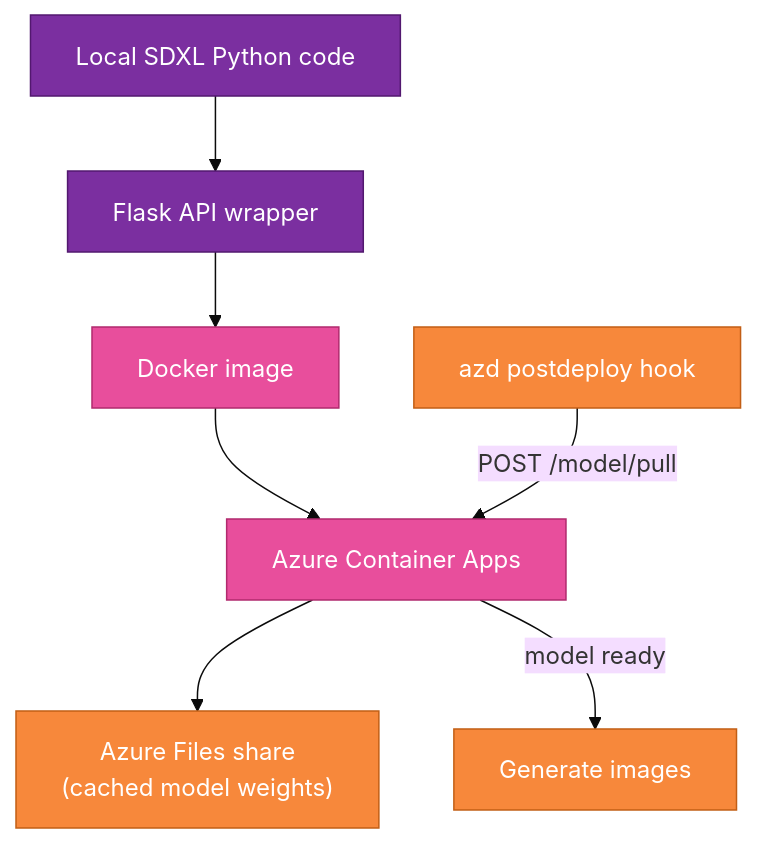
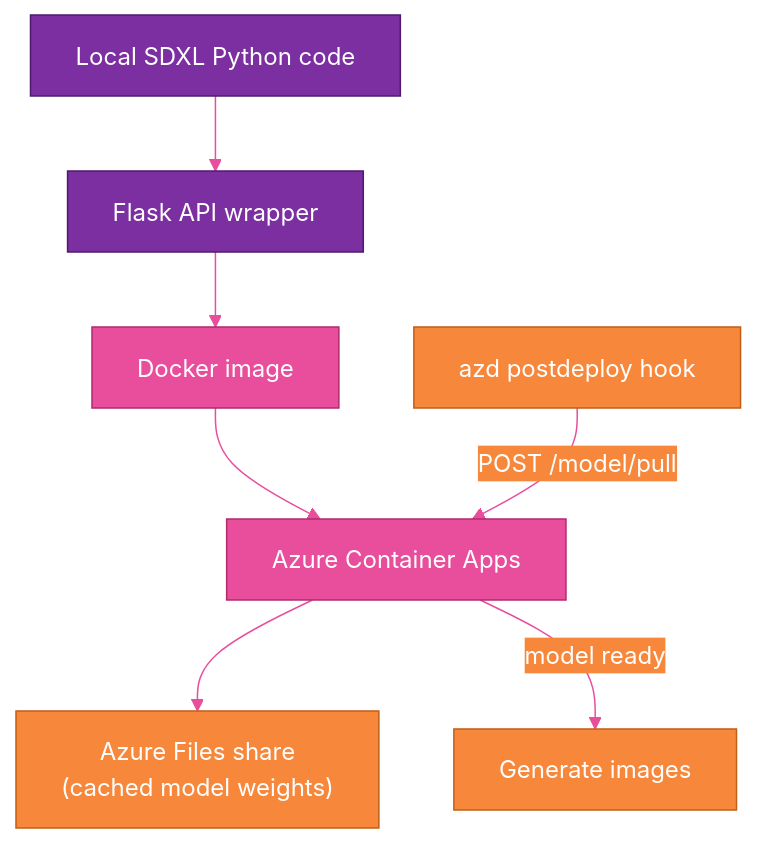
Before and after one commit to dfberry/dfberry.github.io: the first of 2 diagrams in website/blog/2026-07-07-surprises-self-hosting-image-model.md, drawn with Mermaid. The commit also changed other lines of this file, not shown here.

Commit message:
Make Mermaid diagrams theme-independent for light and dark modes
Add themeVariables (pink lineColor, orange edge-label background, explicit
node text/border) so connectors and edge labels stay readable on both the
light and dark Docusaurus themes.

````diff
--- a/website/blog/2026-07-07-surprises-self-hosting-image-model.md
+++ b/website/blog/2026-07-07-surprises-self-hosting-image-model.md
@@ -25,17 +25,17 @@
 ```mermaid
-%%{init: {'theme':'base'}}%%
+%%{init: {'theme':'base', 'themeVariables': {'primaryColor':'#7B2FA0','primaryTextColor':'#FFFFFF','primaryBorderColor':'#52186F','lineColor':'#E84E9C','edgeLabelBackground':'#F7883B','fontFamily':'inherit'}}}%%
 flowchart TD
     Code["Local SDXL Python code"] --> Flask["Flask API wrapper"]
     Flask --> Docker["Docker image"]
     Docker --> ACA["Azure Container Apps"]
     ACA --> Files["Azure Files share<br/>(cached model weights)"]
     Hook["azd postdeploy hook"] -- "POST /model/pull" --> ACA
     ACA -- "model ready" --> Generate["Generate images"]
 
     classDef purple fill:#7B2FA0,stroke:#52186F,color:#FFFFFF;
     classDef pink fill:#E84E9C,stroke:#B12A6E,color:#FFFFFF;
     classDef orange fill:#F7883B,stroke:#C25E15,color:#FFFFFF;
     class Code,Flask purple;
     class Docker,ACA pink;
     class Files,Hook,Generate orange;
 ```
````
